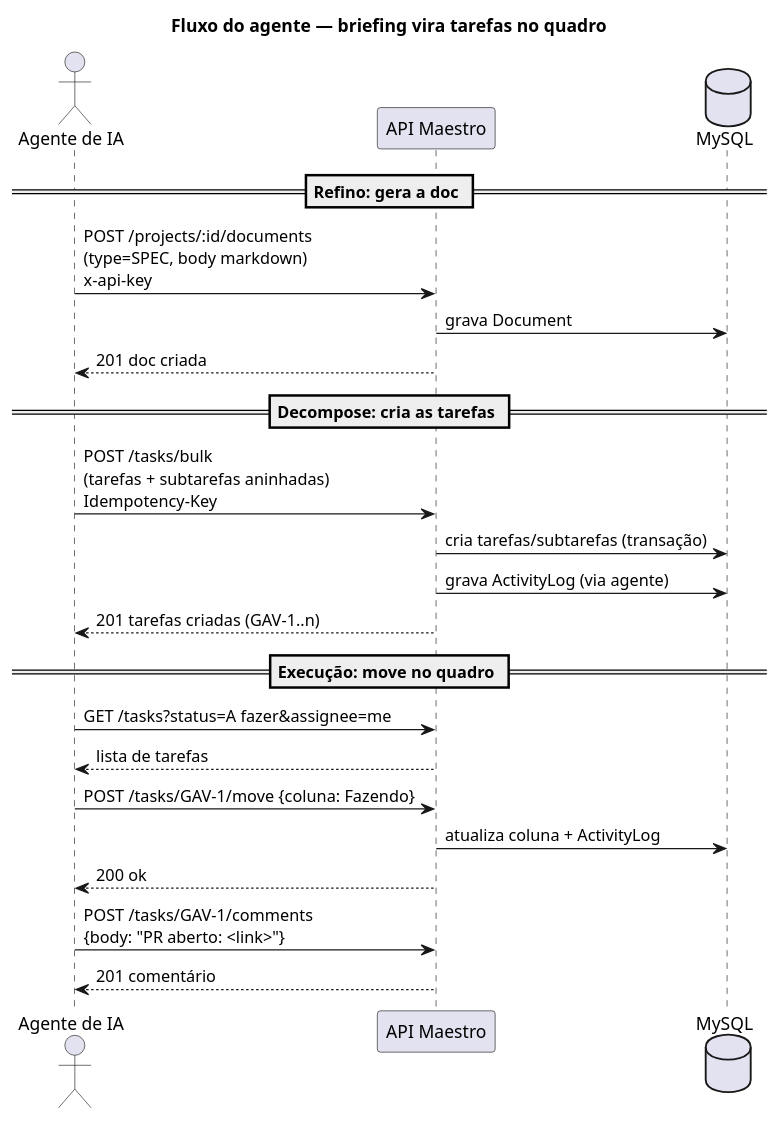
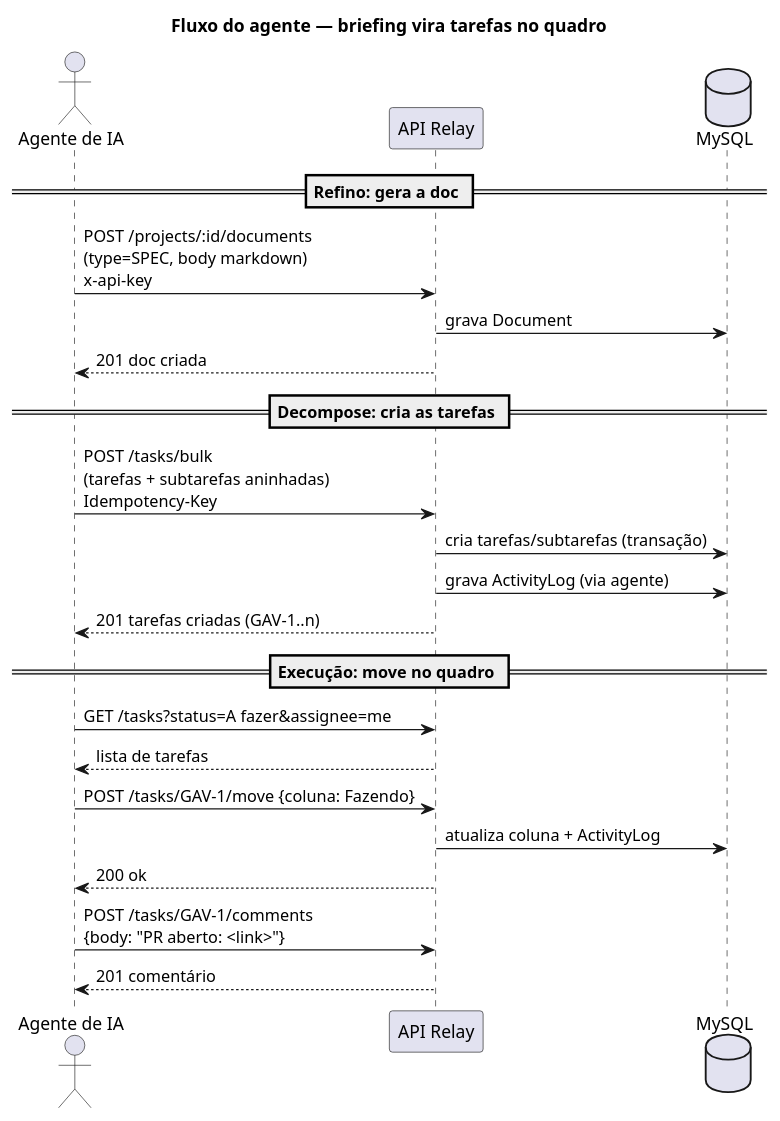
The diagram in docs/diagramas/fluxo-agente.puml (WalterSilva5/agentic-dev-maestro), drawn with PlantUML before and after one commit. The commit also changed 408 other files, not shown here.

First line of the commit message:
rename!: Agentic Dev Maestro/Maestro -> Relay (marca + técnico)

```diff
--- a/docs/diagramas/fluxo-agente.puml
+++ b/docs/diagramas/fluxo-agente.puml
@@ -1,30 +1,30 @@
 @startuml fluxo-agente
 title Fluxo do agente — briefing vira tarefas no quadro
 skinparam backgroundColor transparent
 skinparam shadowing false
 skinparam defaultFontName sans-serif
 
 actor "Agente de IA" as Ag
-participant "API Maestro" as API
+participant "API Relay" as API
 database "MySQL" as DB
 
 == Refino: gera a doc ==
 Ag -> API : POST /projects/:id/documents\n(type=SPEC, body markdown)\nx-api-key
 API -> DB : grava Document
 API --> Ag : 201 doc criada
 
 == Decompose: cria as tarefas ==
 Ag -> API : POST /tasks/bulk\n(tarefas + subtarefas aninhadas)\nIdempotency-Key
 API -> DB : cria tarefas/subtarefas (transação)
 API -> DB : grava ActivityLog (via agente)
 API --> Ag : 201 tarefas criadas (GAV-1..n)
 
 == Execução: move no quadro ==
 Ag -> API : GET /tasks?status=A fazer&assignee=me
 API --> Ag : lista de tarefas
 Ag -> API : POST /tasks/GAV-1/move {coluna: Fazendo}
 API -> DB : atualiza coluna + ActivityLog
 API --> Ag : 200 ok
 Ag -> API : POST /tasks/GAV-1/comments\n{body: "PR aberto: <link>"}
 API --> Ag : 201 comentário
 @enduml
```
